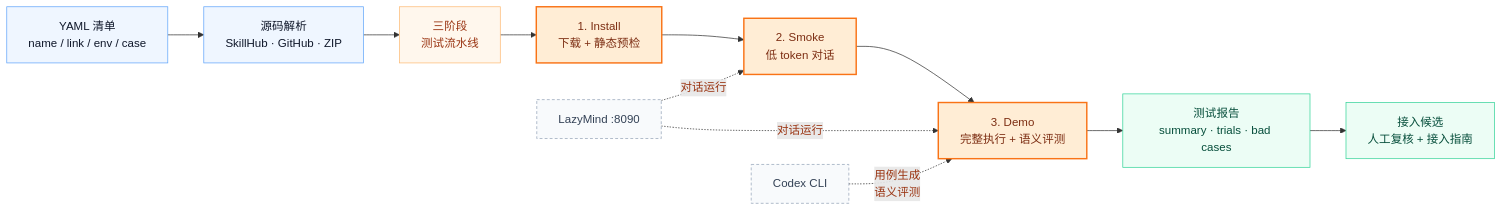
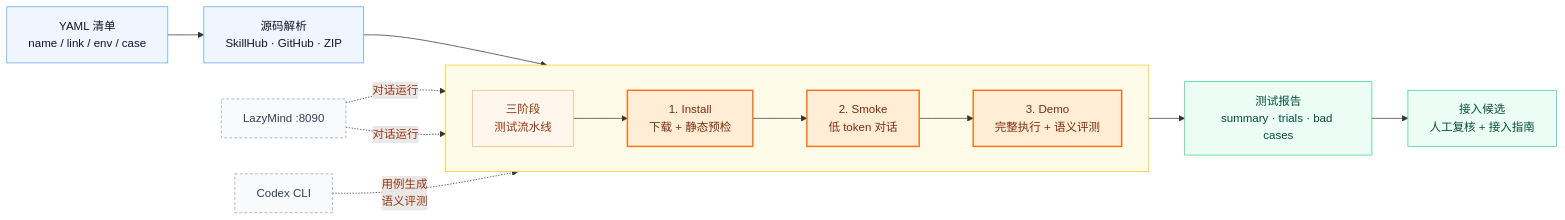
One commit to chenzhex/skill-auto changed the diagram in README.zh-CN.md. Above: the diagram before and after it, drawn with Mermaid. The commit also changed 1 other file, not shown here.

Commit message:
Restore highlighted pipeline container

````diff
--- a/README.zh-CN.md
+++ b/README.zh-CN.md
@@ -11,26 +11,34 @@
 ```mermaid
 flowchart LR
     A["YAML 清单<br/>name / link / env / case"] --> B["源码解析<br/>SkillHub · GitHub · ZIP"]
-    B --> T["三阶段<br/>测试流水线"]
-    T --> C["1. Install<br/>下载 + 静态预检"]
-    C --> D["2. Smoke<br/>低 token 对话"]
-    D --> E["3. Demo<br/>完整执行 + 语义评测"]
+
+    subgraph P[" "]
+        direction LR
+        T["三阶段<br/>测试流水线"]
+        C["1. Install<br/>下载 + 静态预检"]
+        D["2. Smoke<br/>低 token 对话"]
+        E["3. Demo<br/>完整执行 + 语义评测"]
+        T --> C --> D --> E
+    end
+
+    B --> T
     E --> F["测试报告<br/>summary · trials · bad cases"]
     F --> G["接入候选<br/>人工复核 + 接入指南"]
 
     L["LazyMind :8090"] -. 对话运行 .-> D
     L -. 对话运行 .-> E
     X["Codex CLI"] -. 用例生成<br/>语义评测 .-> E
 
     classDef input fill:#eff6ff,stroke:#60a5fa,color:#0f172a;
     classDef label fill:#fff7ed,stroke:#fdba74,color:#9a3412;
     classDef stage fill:#ffedd5,stroke:#f97316,color:#7c2d12,stroke-width:2px;
     classDef output fill:#ecfdf5,stroke:#34d399,color:#064e3b;
     classDef support fill:#f8fafc,stroke:#94a3b8,color:#334155,stroke-dasharray: 4 3;
+    style P fill:#fefce8,stroke:#facc15,stroke-width:1px,color:transparent;
 
     class A,B input;
     class T label;
     class C,D,E stage;
     class F,G output;
     class L,X support;
 ```
````
